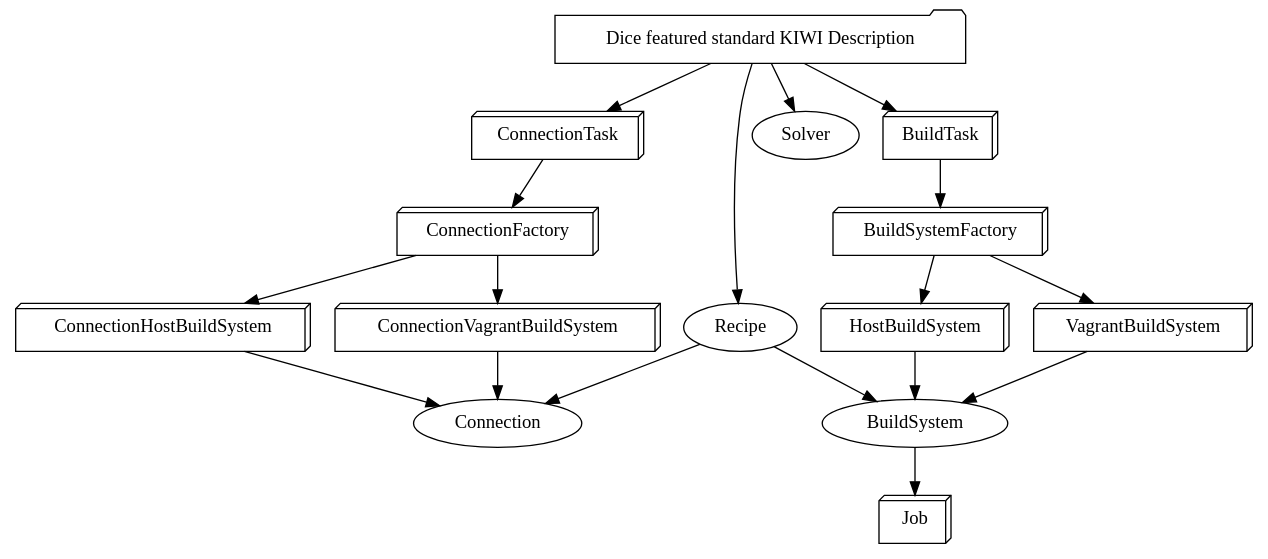
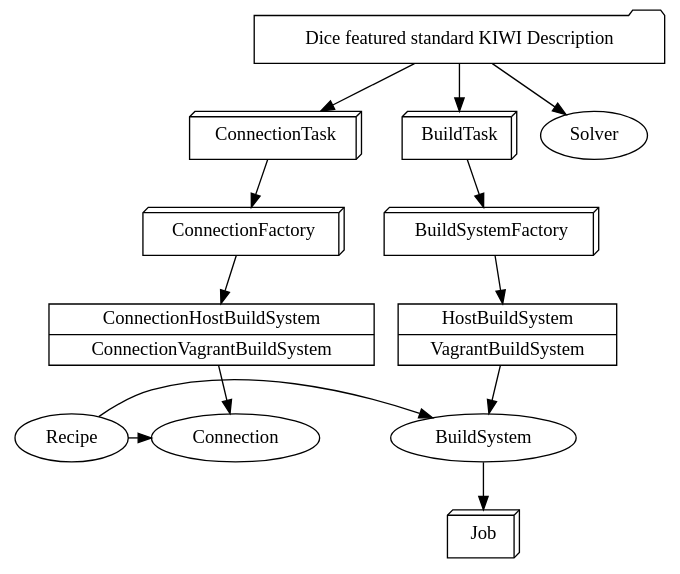
The diagram in .dice.dot (OSInside/dice), drawn with Graphviz before and after one commit. The commit also changed 4 other files, not shown here.

Commit message:
Update dot graph

```diff
--- a/.dice.dot
+++ b/.dice.dot
@@ -1,63 +1,64 @@
 // dot -Gsplines=ortho -Tpng -oMyGraph.png dice/.dice.dot
 
-digraph G {
+digraph Dice {
   {
     node [shape=box3d]
     Job
     BuildSystemFactory
-    HostBuildSystem
-    VagrantBuildSystem
     ConnectionTask
     BuildTask
     ConnectionFactory
-    ConnectionHostBuildSystem
-    ConnectionVagrantBuildSystem
 //    Command
 //    DiceConfig
   }
   
   {
     node [shape=folder]
     Description [label="Dice featured standard KIWI Description"]
   }
 
   {
 //    Logger
     Solver
     Recipe
     BuildSystem
   }
 
+  {
+    node [shape=record]
+    BSFactory [label="{HostBuildSystem|VagrantBuildSystem}"]
+  }
+
+  {
+    node [shape=record]
+    CBSFactory [label="{ConnectionHostBuildSystem|ConnectionVagrantBuildSystem}"]
+  }
+
+
   Description -> BuildTask
+
+  Description -> ConnectionTask
 
   Description -> Solver
 
-  Description -> ConnectionTask
-
-  Description -> Recipe
-
-
-  BuildSystemFactory -> HostBuildSystem
-  BuildSystemFactory -> VagrantBuildSystem
+  BuildSystemFactory -> BSFactory
 
   BuildTask -> BuildSystemFactory
 
-  HostBuildSystem -> BuildSystem
-  VagrantBuildSystem -> BuildSystem
+  BSFactory -> BuildSystem
 
   BuildSystem -> Job
-  Recipe -> BuildSystem
 
-  ConnectionFactory -> ConnectionHostBuildSystem
-  ConnectionFactory -> ConnectionVagrantBuildSystem
+  ConnectionFactory -> CBSFactory
 
   ConnectionTask -> ConnectionFactory
 
-  ConnectionHostBuildSystem -> Connection
-  ConnectionVagrantBuildSystem -> Connection
+  CBSFactory -> Connection
 
-  Recipe -> Connection
+  {rank=same; Recipe -> Connection}
+  {rank=same; Recipe -> BuildSystem}
+
 
 //  DiceConfig -> Recipe
 
 }
```
